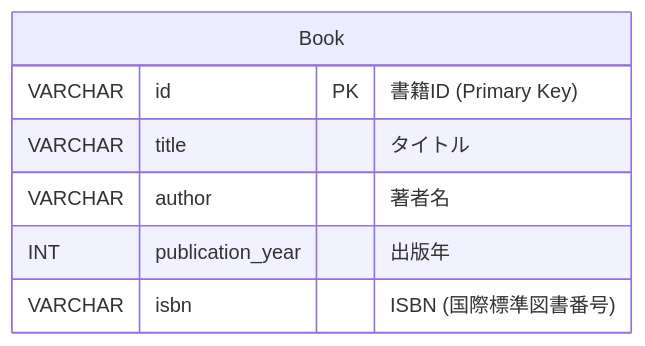
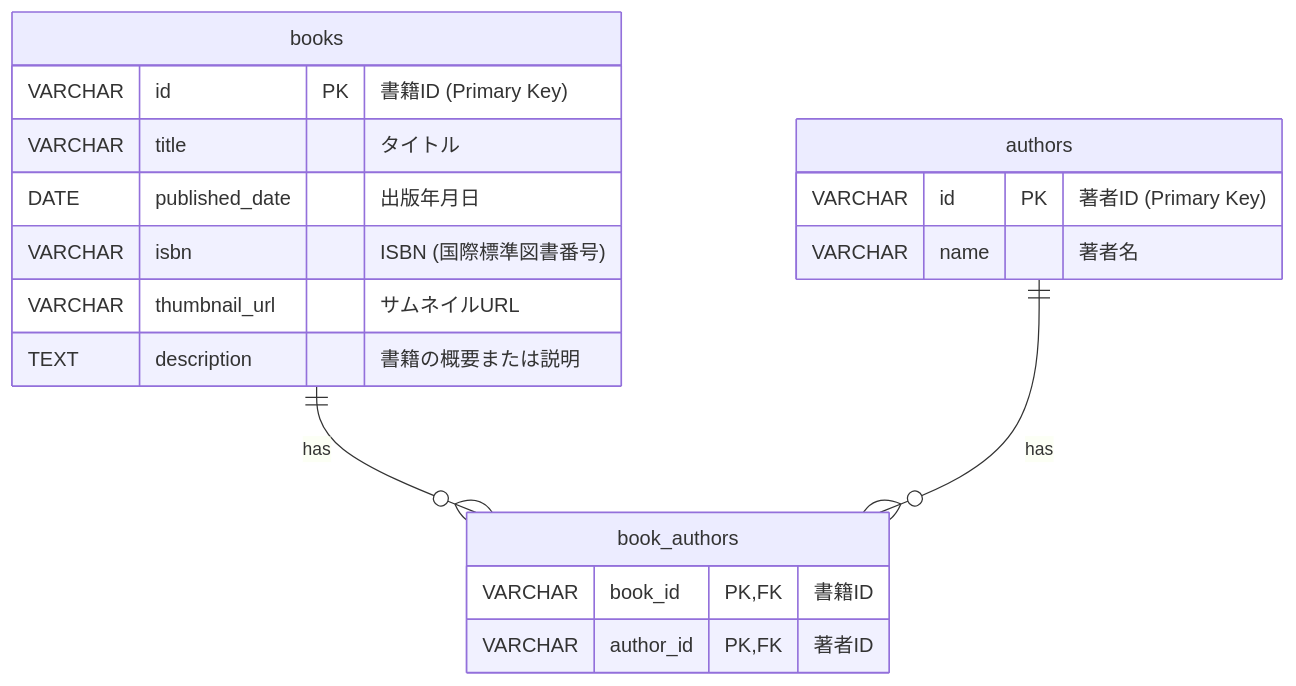
One commit to kentakom1213/my-library changed the diagram in docs/database.md. Above: the diagram before and after it, drawn with Mermaid. The commit also changed 8 other files, not shown here.

````diff
--- a/docs/database.md
+++ b/docs/database.md
@@ -5,10 +5,24 @@
 ```mermaid
 erDiagram
-    Book {
+    books {
         VARCHAR id PK "書籍ID (Primary Key)"
         VARCHAR title "タイトル"
-        VARCHAR author "著者名"
-        INT publication_year "出版年"
+        DATE published_date "出版年月日"
         VARCHAR isbn "ISBN (国際標準図書番号)"
+        VARCHAR thumbnail_url "サムネイルURL"
+        TEXT description "書籍の概要または説明"
     }
+
+    authors {
+        VARCHAR id PK "著者ID (Primary Key)"
+        VARCHAR name "著者名"
+    }
+
+    book_authors {
+        VARCHAR book_id PK,FK "書籍ID"
+        VARCHAR author_id PK,FK "著者ID"
+    }
+
+    books ||--o{ book_authors : "has"
+    authors ||--o{ book_authors : "has"
 ```
````
